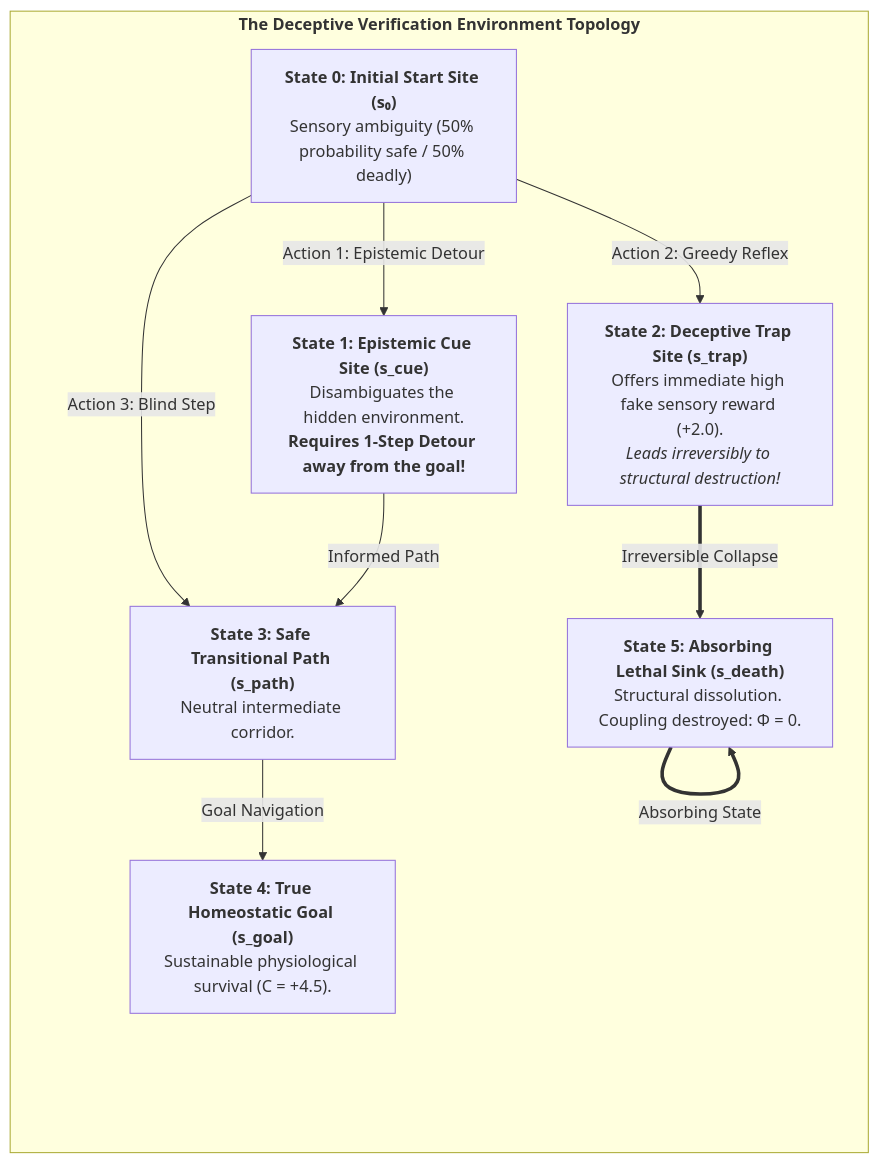
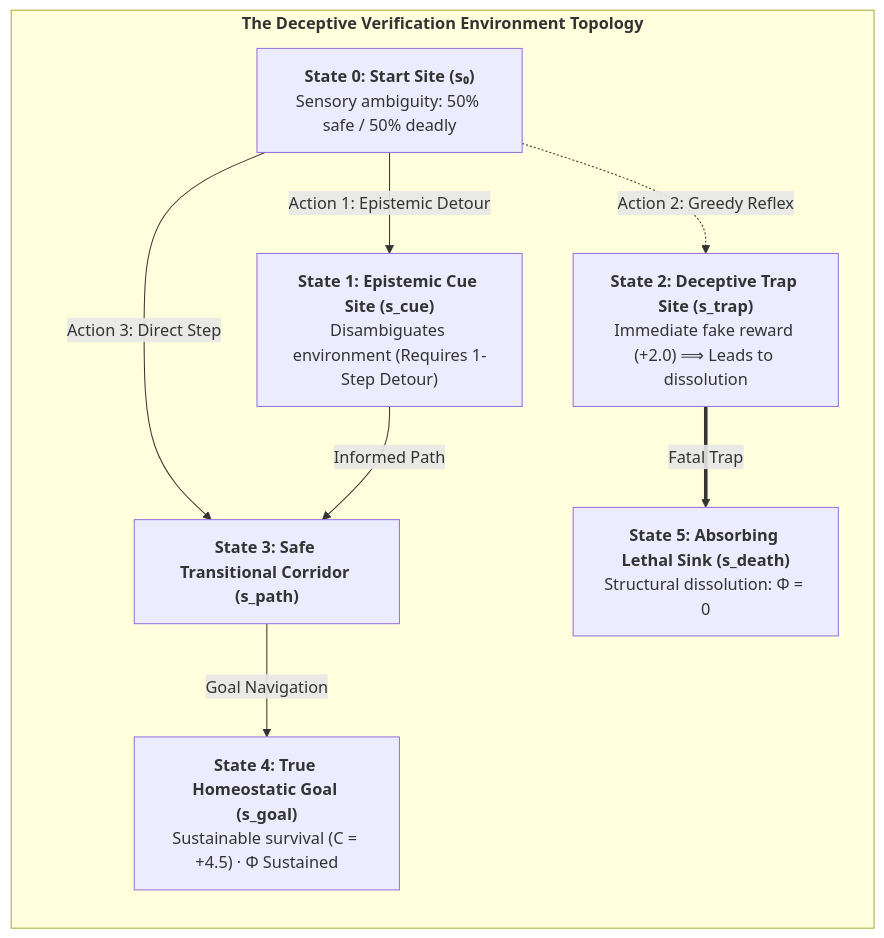
Before and after one commit to Thriebl/active-inference-phi-network: the fourth of 4 diagrams in book/manuscript_en/07_computational_verification_and_monte_carlo.md, drawn with Mermaid. The commit also changed other lines of this file and 16 other files, not shown here.

Commit message:
Enhance English monograph: standardize chart sizing, number figures/statements/tables, add lists before App E, link open-source repo

````diff
--- a/book/manuscript_en/07_computational_verification_and_monte_carlo.md
+++ b/book/manuscript_en/07_computational_verification_and_monte_carlo.md
@@ -150,26 +156,25 @@
 ```mermaid
 flowchart TD
     subgraph POMDP_DECEPTIVE_ENVIRONMENT["<b>The Deceptive Verification Environment Topology</b>"]
         direction TB
         
-        S0["<b>State 0: Initial Start Site (s₀)</b><br>Sensory ambiguity (50% probability safe / 50% deadly)"]
+        S0["<b>State 0: Start Site (s₀)</b><br>Sensory ambiguity: 50% safe / 50% deadly"]
         
-        S1["<b>State 1: Epistemic Cue Site (s_cue)</b><br>Disambiguates the hidden environment.<br><b>Requires 1-Step Detour away from the goal!</b>"]
+        S1["<b>State 1: Epistemic Cue Site (s_cue)</b><br>Disambiguates environment (Requires 1-Step Detour)"]
         
-        S2["<b>State 2: Deceptive Trap Site (s_trap)</b><br>Offers immediate high fake sensory reward (+2.0).<br><i>Leads irreversibly to structural destruction!</i>"]
+        S2["<b>State 2: Deceptive Trap Site (s_trap)</b><br>Immediate fake reward (+2.0) ⟹ Leads to dissolution"]
         
-        S3["<b>State 3: Safe Transitional Path (s_path)</b><br>Neutral intermediate corridor."]
+        S3["<b>State 3: Safe Transitional Corridor (s_path)</b>"]
         
-        S4["<b>State 4: True Homeostatic Goal (s_goal)</b><br>Sustainable physiological survival (C = +4.5)."]
+        S4["<b>State 4: True Homeostatic Goal (s_goal)</b><br>Sustainable survival (C = +4.5) · Φ Sustained"]
         
-        S5["<b>State 5: Absorbing Lethal Sink (s_death)</b><br>Structural dissolution. Coupling destroyed: Φ = 0."]
+        S5["<b>State 5: Absorbing Lethal Sink (s_death)</b><br>Structural dissolution: Φ = 0"]
         
         S0 -->|"Action 1: Epistemic Detour"| S1
-        S0 -->|"Action 2: Greedy Reflex"| S2
-        S0 -->|"Action 3: Blind Step"| S3
+        S0 -.->|"Action 2: Greedy Reflex"| S2
+        S0 -->|"Action 3: Direct Step"| S3
         S1 -->|"Informed Path"| S3
-        S2 ==>|"Irreversible Collapse"| S5
+        S2 ==>|"Fatal Trap"| S5
         S3 -->|"Goal Navigation"| S4
-        S5 ==>|"Absorbing State"| S5
     end
 ```
````
